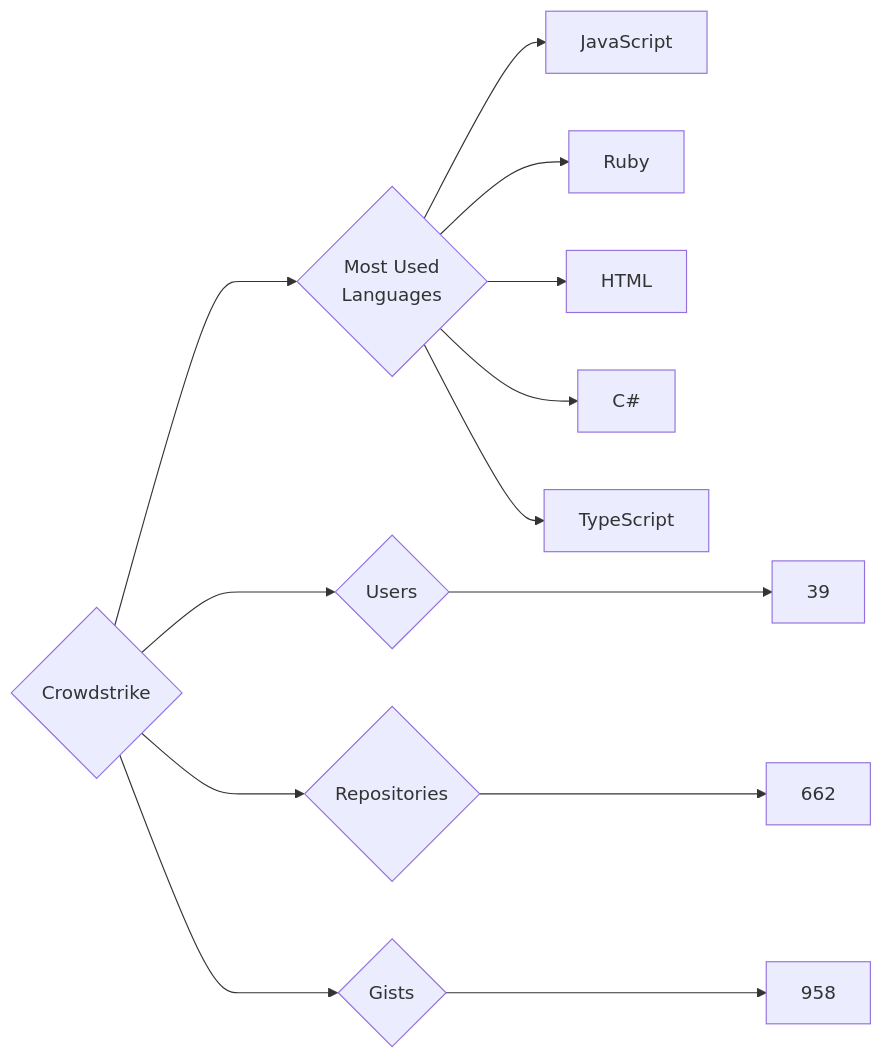
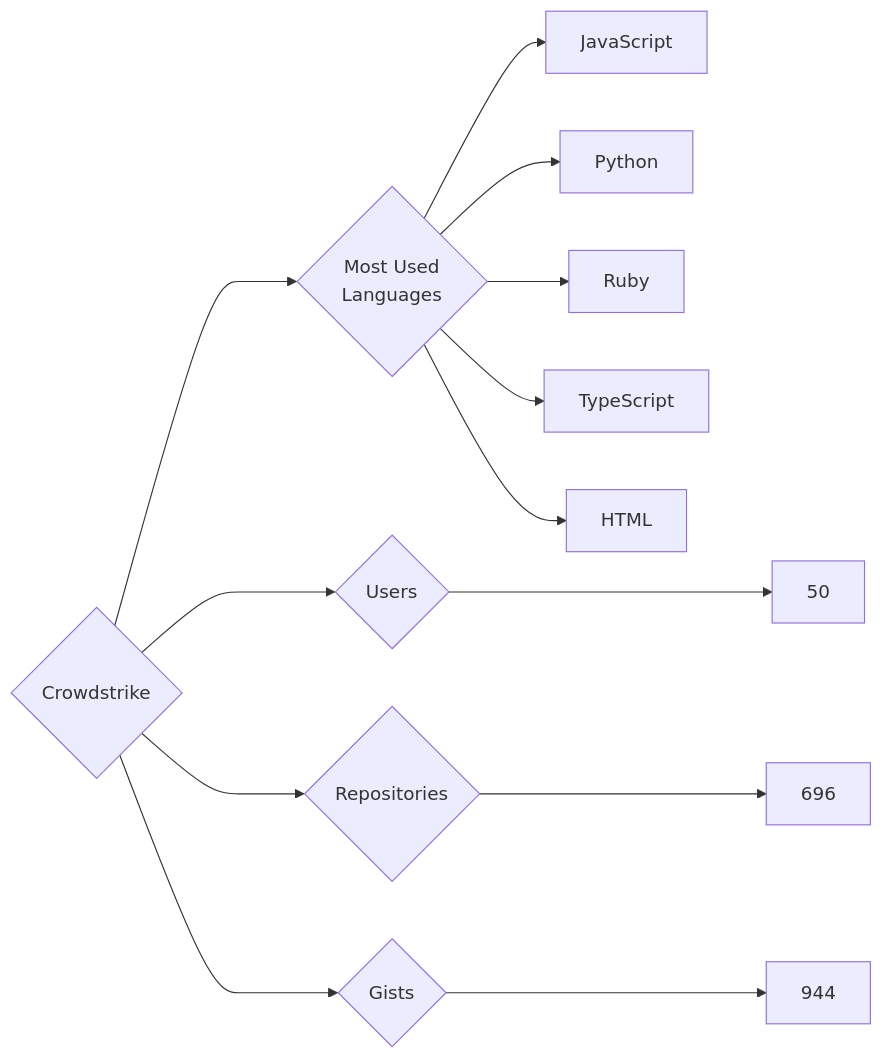
Before and after one commit to trickest/insiders: the diagram in targets/Crowdstrike/README.md, drawn with Mermaid. The commit also changed 757 other files, not shown here.

````diff
--- a/targets/Crowdstrike/README.md
+++ b/targets/Crowdstrike/README.md
@@ -3,13 +3,13 @@
 ```mermaid
 graph LR
 COMPANY_NAME{Crowdstrike}
-COMPANY_NAME ---> U{Users} ---> UN[39]
-COMPANY_NAME ---> R{Repositories} ---> RN[662]
-COMPANY_NAME ---> G{Gists} ---> GN[958]
+COMPANY_NAME ---> U{Users} ---> UN[50]
+COMPANY_NAME ---> R{Repositories} ---> RN[696]
+COMPANY_NAME ---> G{Gists} ---> GN[944]
 COMPANY_NAME ---> ML{Most Used<br>Languages}
 ML --> JavaScript[JavaScript]
+ML --> Python[Python]
 ML --> Ruby[Ruby]
+ML --> TypeScript[TypeScript]
 ML --> HTML[HTML]
-ML --> C#[C#]
-ML --> TypeScript[TypeScript]
 ```
````
